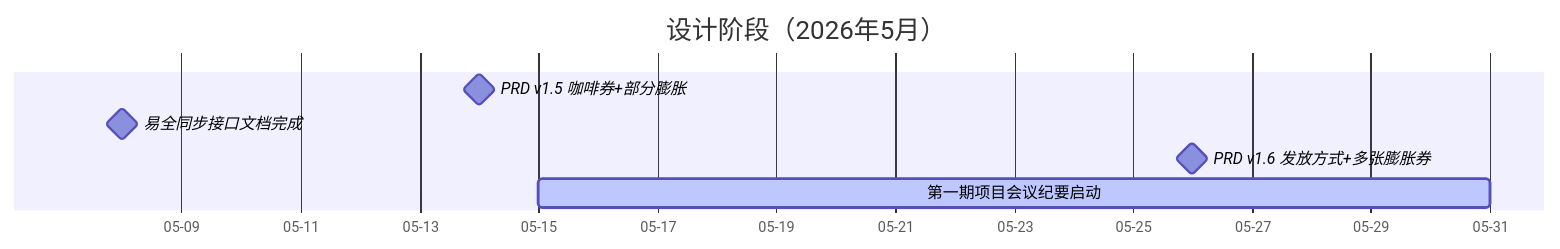
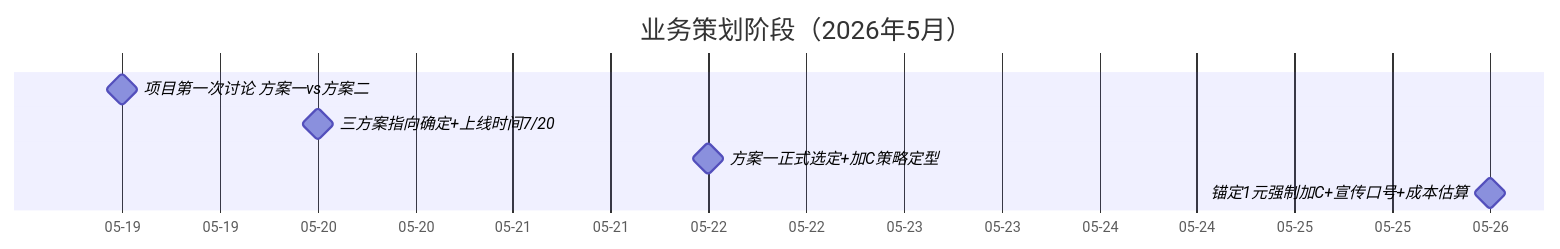
Before and after one commit to yingji945/obsidian-vault: the first of 3 diagrams in 项目沉淀/一物一码/07-项目全景/一物一码项目全生命周期地图.md, drawn with Mermaid. The commit also changed other lines of this file, not shown here.

Commit message:
补强：全生命周期地图新增业务策划阶段（基于33篇原始纪要）

````diff
--- a/项目沉淀/一物一码/07-项目全景/一物一码项目全生命周期地图.md
+++ b/项目沉淀/一物一码/07-项目全景/一物一码项目全生命周期地图.md
@@ -44,11 +16,11 @@
 ```mermaid
 gantt
-    title 设计阶段（2026年5月）
+    title 业务策划阶段（2026年5月）
     dateFormat  YYYY-MM-DD
     axisFormat  %m-%d
     
-    PRD v1.5 咖啡券+部分膨胀    :milestone, 2026-05-14, 0d
-    易全同步接口文档完成        :milestone, 2026-05-08, 0d
-    PRD v1.6 发放方式+多张膨胀券 :milestone, 2026-05-26, 0d
-    第一期项目会议纪要启动      :active, 2026-05-15, 2026-05-31
+    项目第一次讨论 方案一vs方案二  :milestone, 2026-05-19, 0d
+    三方案指向确定+上线时间7/20  :milestone, 2026-05-20, 0d
+    方案一正式选定+加C策略定型   :milestone, 2026-05-22, 0d
+    锚定1元强制加C+宣传口号+成本估算 :milestone, 2026-05-26, 0d
 ```
````
